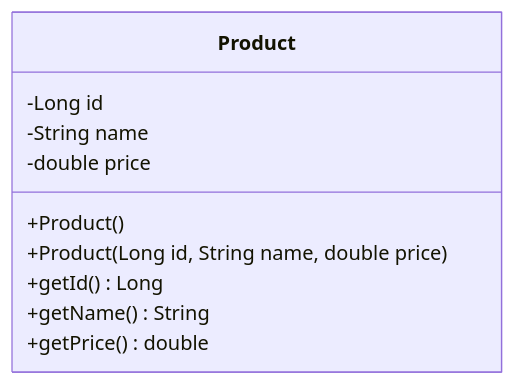
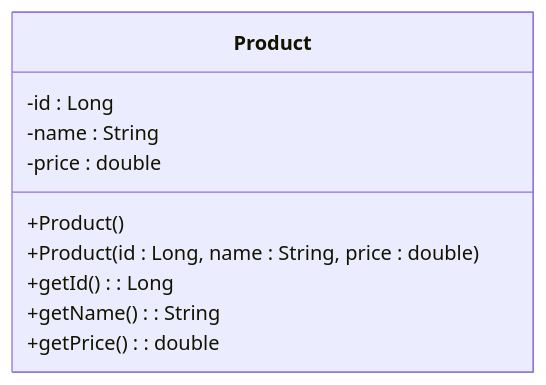
Before and after one commit to sujitbhatt00/products-api: the diagram in docs/uml/Product.md, drawn with Mermaid. The commit also changed 1 other file, not shown here.

Commit message:
Tutorial 2: UML attributes written as name : Type

````diff
--- a/docs/uml/Product.md
+++ b/docs/uml/Product.md
@@ -1,13 +1,13 @@
 ```mermaid
 classDiagram
     class Product {
-        -Long id
-        -String name
-        -double price
+        -id : Long
+        -name : String
+        -price : double
         +Product()
-        +Product(Long id, String name, double price)
-        +getId() Long
-        +getName() String
-        +getPrice() double
+        +Product(id : Long, name : String, price : double)
+        +getId() : Long
+        +getName() : String
+        +getPrice() : double
     }
 ```
````
